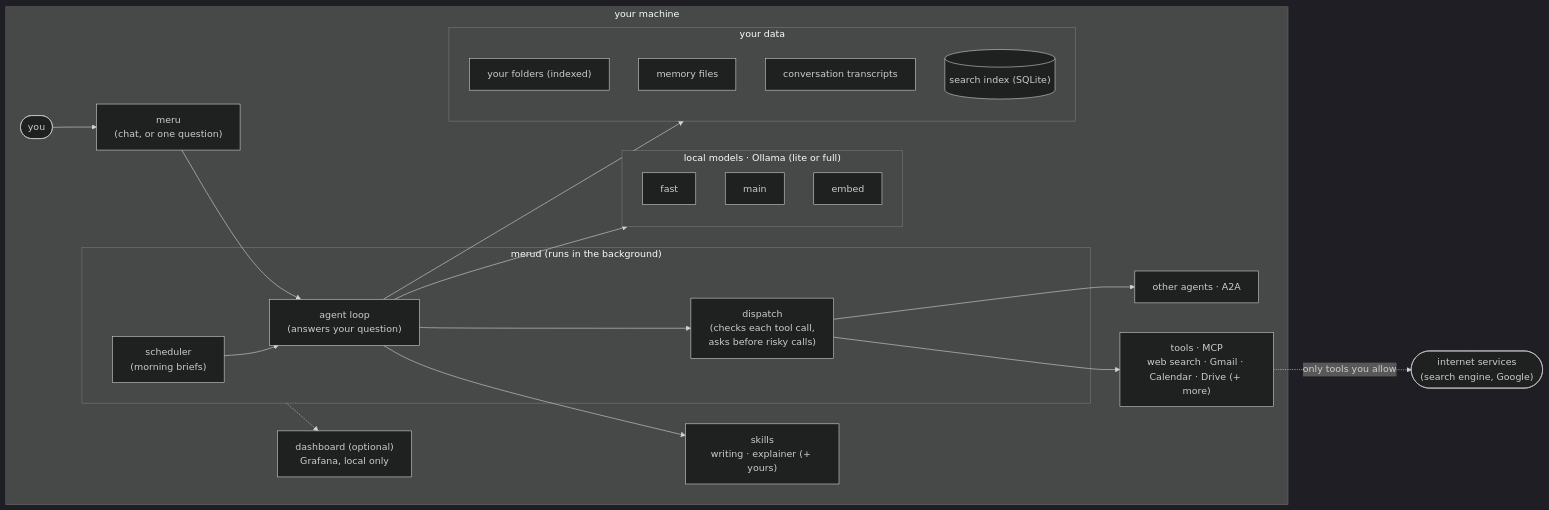
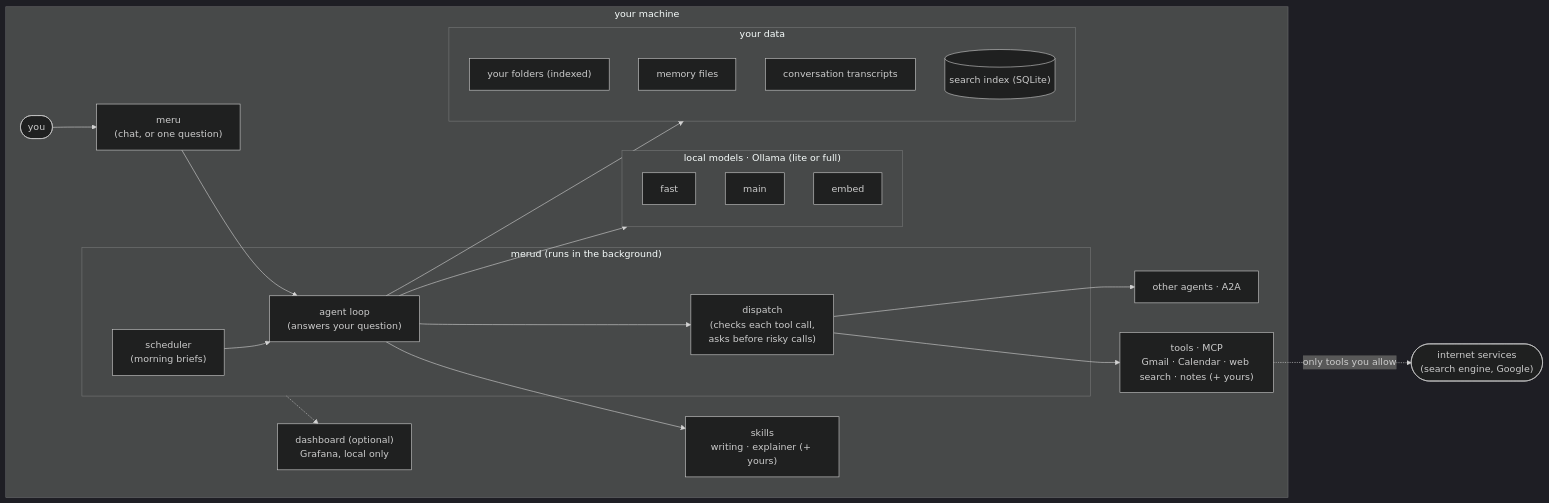
The first of 2 diagrams in docs/architecture/100.md (aarora79/meru), drawn with Mermaid (dark theme) before and after one commit. The commit also changed other lines of this file and 8 other files, not shown here.

````diff
--- a/docs/architecture/100.md
+++ b/docs/architecture/100.md
@@ -17,34 +17,34 @@
 ```mermaid
 flowchart LR
     subgraph machine["your machine"]
         YOU(["you"]) --> MERU["meru<br/>(chat, or one question)"]
         subgraph merud["merud (runs in the background)"]
             SCHED["scheduler<br/>(morning briefs)"] --> LOOP["agent loop<br/>(answers your question)"]
             LOOP --> DISP["dispatch<br/>(checks each tool call,<br/>asks before risky calls)"]
         end
         MERU --> LOOP
         subgraph models["local models · Ollama (lite or full)"]
             FAST["fast"]
             MAIN["main"]
             EMBED["embed"]
         end
         subgraph data["your data"]
             FOLDERS["your folders (indexed)"]
             MEM["memory files"]
             TRANS["conversation transcripts"]
             INDEX[("search index (SQLite)")]
         end
         SKILLS["skills<br/>writing · explainer (+ yours)"]
         AGENTS["other agents · A2A"]
-        TOOLS["tools · MCP<br/>web search · Gmail · Calendar · Drive (+ more)"]
+        TOOLS["tools · MCP<br/>Gmail · Calendar · web search · notes (+ yours)"]
         OBS["dashboard (optional)<br/>Grafana, local only"]
         LOOP --> models
         LOOP --> data
         LOOP --> SKILLS
         DISP --> AGENTS
         DISP --> TOOLS
         merud -.-> OBS
     end
     NET(["internet services<br/>(search engine, Google)"])
     TOOLS -.->|only tools you allow| NET
 ```
````
